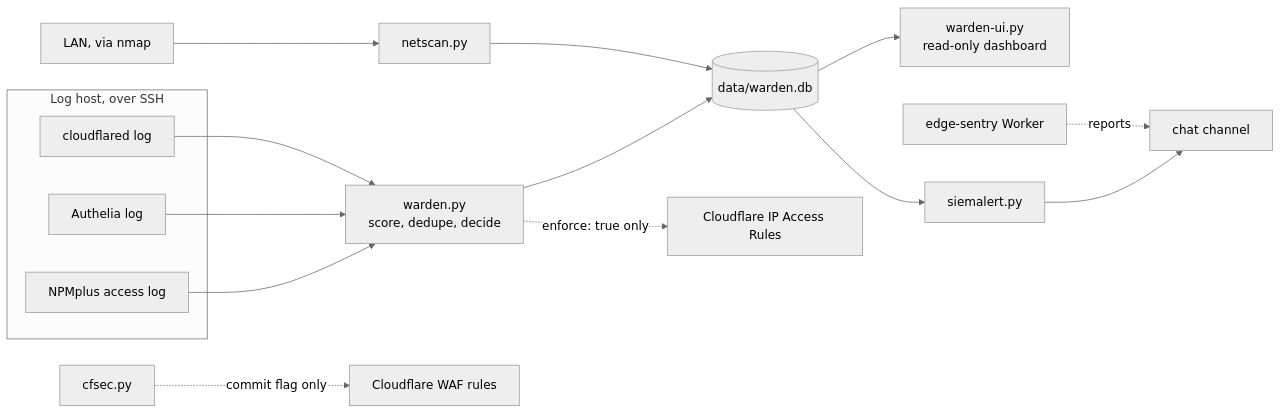
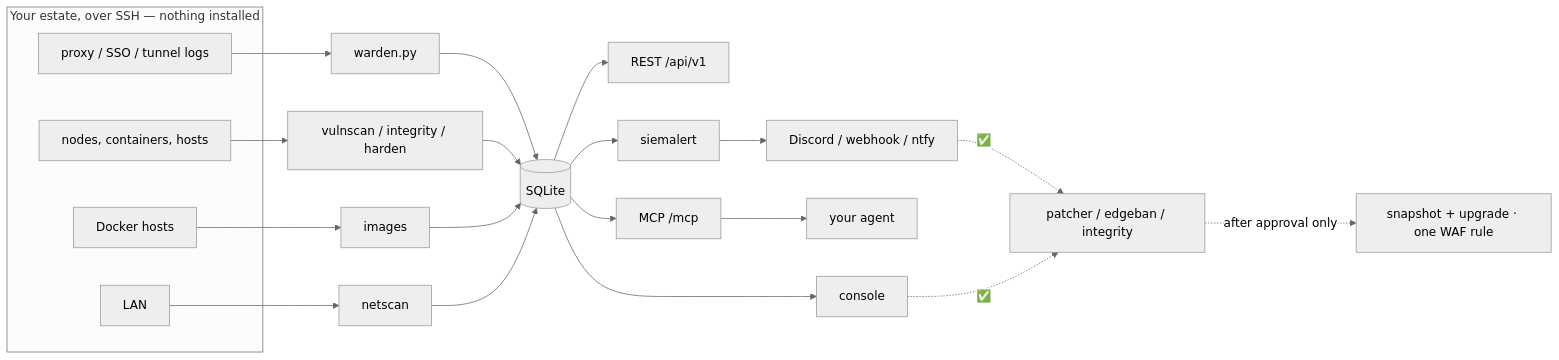
One commit to casareanderson/warden changed the diagram in README.md. Above: the diagram before and after it, drawn with Mermaid (neutral theme). The commit also changed other lines of this file and 50 other files, not shown here.

First line of the commit message:
warden v2: runs on any estate, MCP + REST API, customisable home page

````diff
--- a/README.md
+++ b/README.md
@@ -149,17 +149,22 @@
 ```mermaid
 flowchart LR
-  subgraph loghost[Log host, over SSH]
-    NPM[NPMplus access log]
-    AUTH[Authelia log]
-    CFD[cloudflared log]
+  subgraph estate[Your estate, over SSH — nothing installed]
+    LOGS[proxy / SSO / tunnel logs]
+    BOXES[nodes, containers, hosts]
+    DOCKER[Docker hosts]
+    LAN[LAN]
   end
-  NPM & AUTH & CFD --> W[warden.py<br/>score, dedupe, decide]
-  LAN[LAN, via nmap] --> N[netscan.py]
-  W --> DB[(data/warden.db)]
-  N --> DB
-  DB --> UI[warden-ui.py<br/>read-only dashboard]
-  DB --> S[siemalert.py] --> CHAT[chat channel]
-  W -. enforce: true only .-> CF[Cloudflare IP Access Rules]
-  CFS[cfsec.py] -. commit flag only .-> WAF[Cloudflare WAF rules]
-  EDGE[edge-sentry Worker] -. reports .-> CHAT
+  LOGS --> W[warden.py]
+  BOXES --> V[vulnscan / integrity / harden]
+  DOCKER --> I[images]
+  LAN --> N[netscan]
+  W & V & I & N --> DB[(SQLite)]
+  DB --> UI[console]
+  DB --> API[REST /api/v1]
+  DB --> MCP[MCP /mcp]
+  MCP --> AGENT[your agent]
+  DB --> S[siemalert] --> CHAT[Discord / webhook / ntfy]
+  CHAT -. ✅ .-> P[patcher / edgeban / integrity]
+  UI -. ✅ .-> P
+  P -. after approval only .-> ACT[snapshot + upgrade · one WAF rule]
 ```
````
